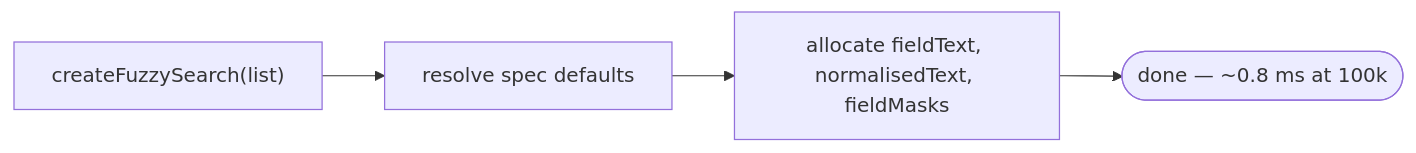
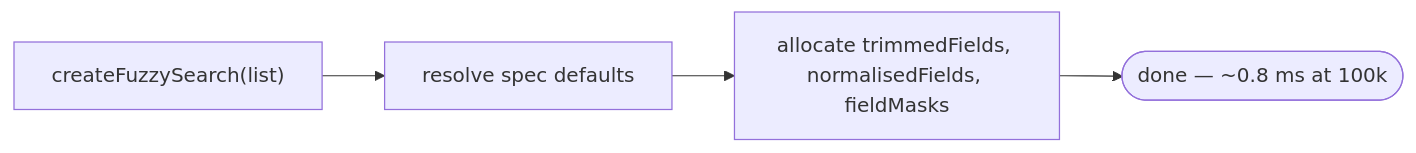
The first of 2 diagrams in docs/pipeline.md (MMMikeM/krino), drawn with Mermaid before and after one commit. The commit also changed 28 other files, not shown here.

````diff
--- a/docs/pipeline.md
+++ b/docs/pipeline.md
@@ -11,6 +11,6 @@
 ```mermaid
 flowchart LR
     L["createFuzzySearch(list)"] --> S["resolve spec defaults"]
-    S --> B["allocate fieldText, normalisedText, fieldMasks"]
+    S --> B["allocate trimmedFields, normalisedFields, fieldMasks"]
     B --> D(["done — ~0.8 ms at 100k"])
 ```
````
